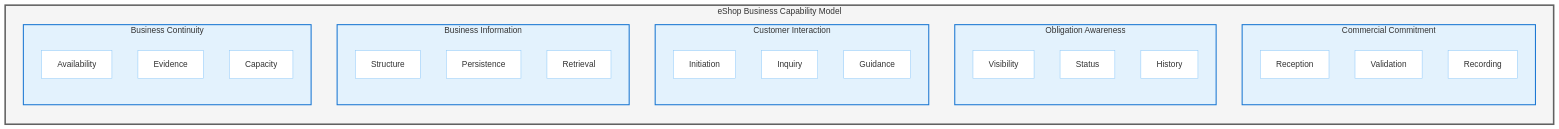
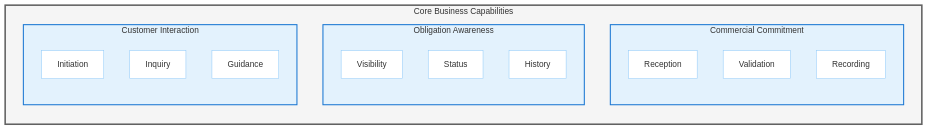
Before and after one commit to Evilazaro/Azure-LogicApps-Monitoring: the second of 8 diagrams in docs/architecture/01-business-architecture.md, drawn with Mermaid. The commit also changed other lines of this file, not shown here.

Commit message:
Refactor Business Architecture document: enhance capability diagrams with core and enabling capabilities for improved clarity

````diff
--- a/docs/architecture/01-business-architecture.md
+++ b/docs/architecture/01-business-architecture.md
@@ -281,49 +283,35 @@
 ```mermaid
 flowchart TB
-    subgraph Business_Capabilities["eShop Business Capability Model"]
+    subgraph Core_Capabilities["Core Business Capabilities"]
         direction TB
 
         subgraph Commercial["Commercial Commitment"]
             direction TB
             CC1["Reception"]
             CC2["Validation"]
             CC3["Recording"]
         end
 
         subgraph Obligation["Obligation Awareness"]
             direction TB
             OA1["Visibility"]
             OA2["Status"]
             OA3["History"]
         end
 
         subgraph Customer["Customer Interaction"]
             direction TB
             CI1["Initiation"]
             CI2["Inquiry"]
             CI3["Guidance"]
         end
-
-        subgraph Information["Business Information"]
-            direction TB
-            BI1["Structure"]
-            BI2["Persistence"]
-            BI3["Retrieval"]
-        end
-
-        subgraph Continuity["Business Continuity"]
-            direction TB
-            BC1["Availability"]
-            BC2["Evidence"]
-            BC3["Capacity"]
-        end
     end
 
     classDef level1 fill:#f5f5f5,stroke:#616161,stroke-width:3px
     classDef level2 fill:#e3f2fd,stroke:#1976d2,stroke-width:2px
     classDef level3 fill:#ffffff,stroke:#90caf9,stroke-width:1px
 
-    class Business_Capabilities level1
-    class Commercial,Obligation,Customer,Information,Continuity level2
-    class CC1,CC2,CC3,OA1,OA2,OA3,CI1,CI2,CI3,BI1,BI2,BI3,BC1,BC2,BC3 level3
+    class Core_Capabilities level1
+    class Commercial,Obligation,Customer level2
+    class CC1,CC2,CC3,OA1,OA2,OA3,CI1,CI2,CI3 level3
 ```
````
